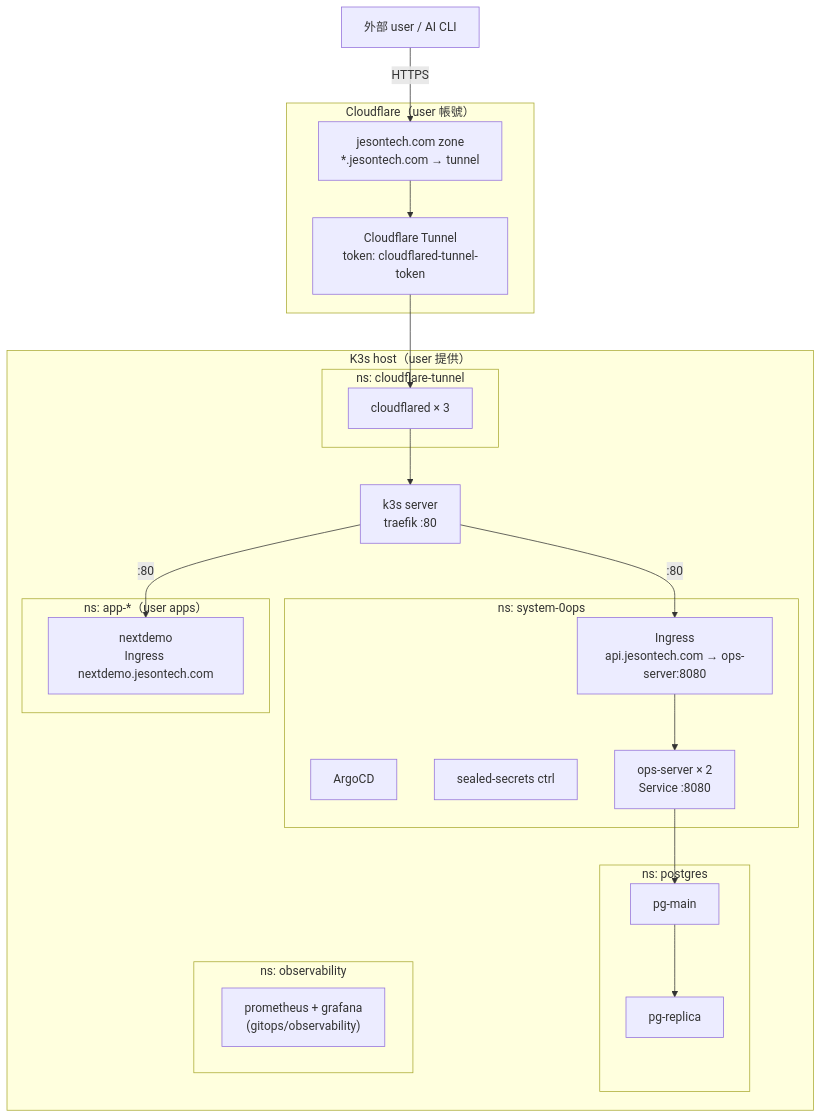
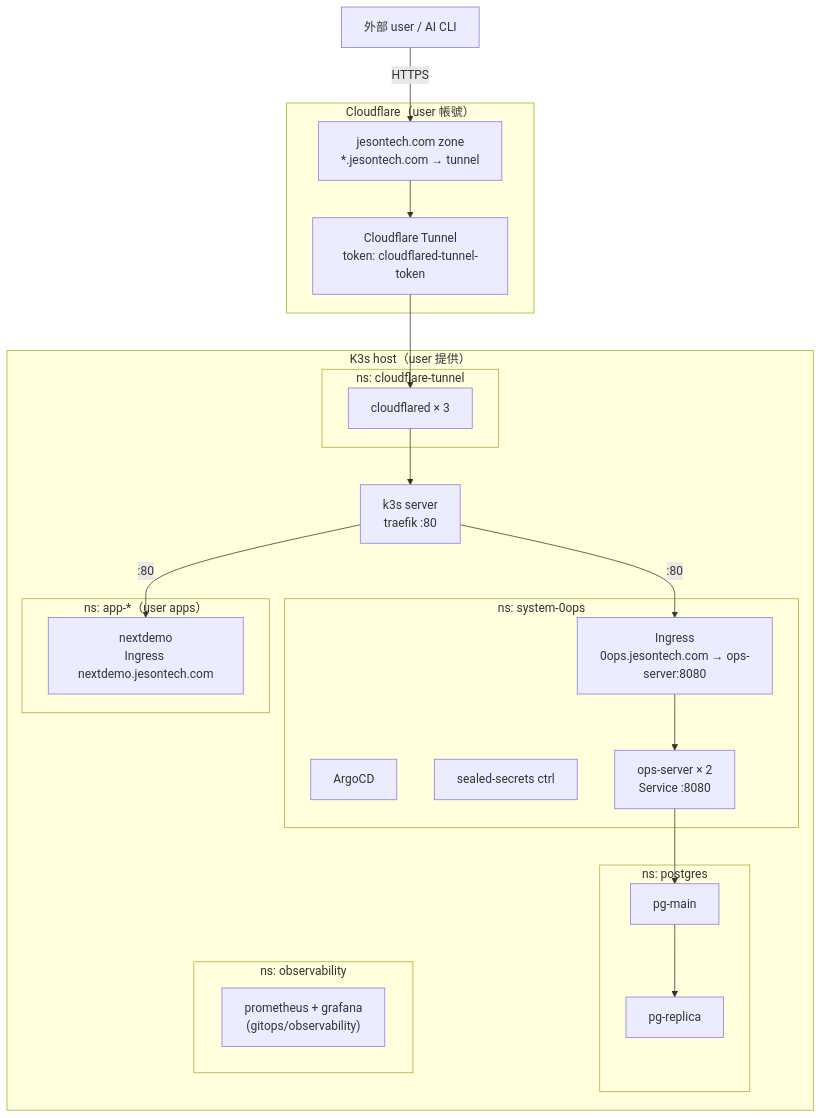
One commit to wusung/0ops changed the first of 2 diagrams in docs/features/production-deployment/spec.md. Above: the diagram before and after it, drawn with Mermaid. The commit also changed other lines of this file and 11 other files, not shown here.

First line of the commit message:
Rename production API host to 0ops.jesontech.com

````diff
--- a/docs/features/production-deployment/spec.md
+++ b/docs/features/production-deployment/spec.md
@@ -50,38 +50,38 @@
 ```mermaid
 flowchart TB
   subgraph CF["Cloudflare（user 帳號）"]
     Zone["jesontech.com zone<br/>*.jesontech.com → tunnel"]
     Tun["Cloudflare Tunnel<br/>token: cloudflared-tunnel-token"]
   end
 
   subgraph Host["K3s host（user 提供）"]
     K3s["k3s server<br/>traefik :80"]
     subgraph CT["ns: cloudflare-tunnel"]
       Cfd["cloudflared × 3"]
     end
     subgraph SO["ns: system-0ops"]
       ArgoCD
       SS["sealed-secrets ctrl"]
       OpsSrv["ops-server × 2<br/>Service :8080"]
-      OpsIng["Ingress<br/>api.jesontech.com → ops-server:8080"]
+      OpsIng["Ingress<br/>0ops.jesontech.com → ops-server:8080"]
     end
     subgraph PG["ns: postgres"]
       PGMain["pg-main"]
       PGRep["pg-replica"]
     end
     subgraph Obs["ns: observability"]
       Prom["prometheus + grafana<br/>(gitops/observability)"]
     end
     subgraph Apps["ns: app-*（user apps）"]
       App["nextdemo<br/>Ingress nextdemo.jesontech.com"]
     end
   end
 
   User["外部 user / AI CLI"] -- "HTTPS" --> Zone
   Zone --> Tun --> Cfd --> K3s
   K3s -- ":80" --> OpsIng
   K3s -- ":80" --> App
   OpsIng --> OpsSrv
   OpsSrv --> PGMain
   PGMain --> PGRep
 ```
````
